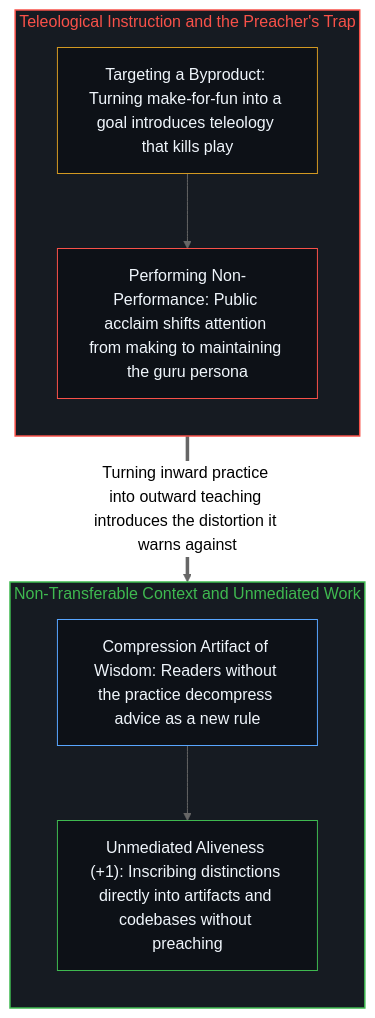
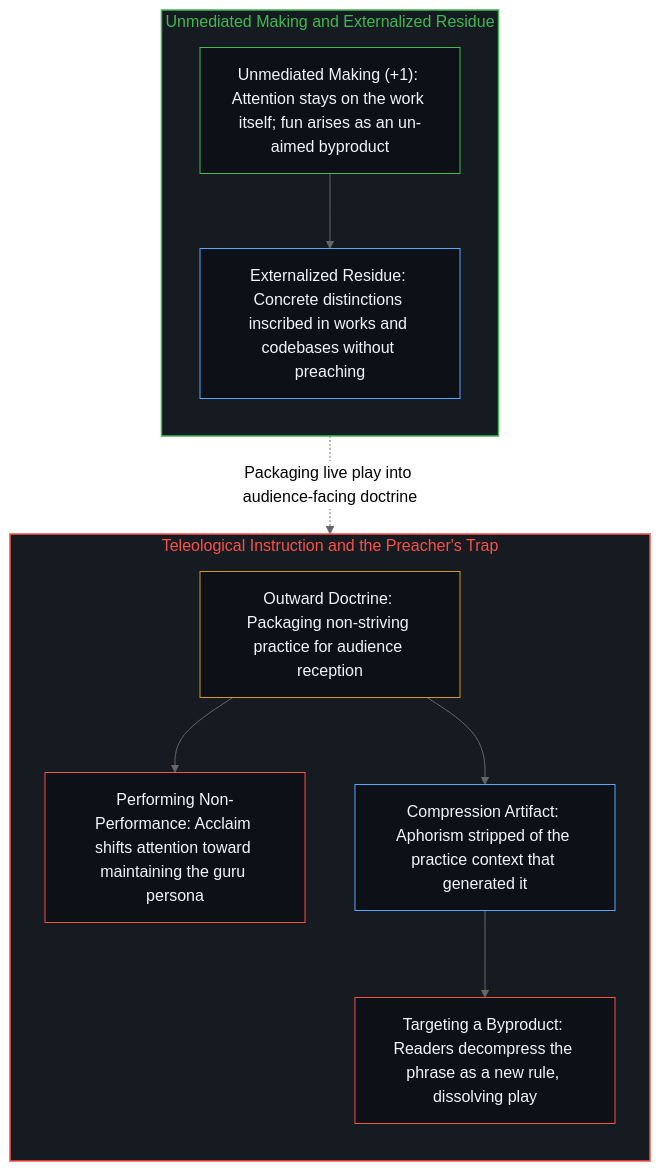
One commit to powerpig99/not-a-toe changed the second of 2 diagrams in content/posts/the-interesting-case-of-rubin.md. Above: the diagram before and after it, drawn with Mermaid (neutral theme). The commit also changed other lines of this file and 6 other files, not shown here.

````diff
--- a/content/posts/the-interesting-case-of-rubin.md
+++ b/content/posts/the-interesting-case-of-rubin.md
@@ -42,22 +47,27 @@
 ```mermaid
 flowchart TD
+    subgraph S_Work["Unmediated Making and Externalized Residue"]
+        direction TB
+        Make["Unmediated Making (+1): Attention stays on the work itself; fun arises as an un-aimed byproduct"]
+        Residue["Externalized Residue: Concrete distinctions inscribed in works and codebases without preaching"]
+        Make --> Residue
+    end
     subgraph S_Preach["Teleological Instruction and the Preacher's Trap"]
         direction TB
-        Aim["Targeting a Byproduct: Turning make-for-fun into a goal introduces teleology that kills play"]
-        Brand["Performing Non-Performance: Public acclaim shifts attention from making to maintaining the guru persona"]
-        Aim --> Brand
+        Preach["Outward Doctrine: Packaging non-striving practice for audience reception"]
+        Brand["Performing Non-Performance: Acclaim shifts attention toward maintaining the guru persona"]
+        Compress["Compression Artifact: Aphorism stripped of the practice context that generated it"]
+        Aim["Targeting a Byproduct: Readers decompress the phrase as a new rule, dissolving play"]
+        Preach --> Brand
+        Preach --> Compress --> Aim
     end
-    subgraph S_Work["Non-Transferable Context and Unmediated Work"]
-        direction TB
-        Compress["Compression Artifact of Wisdom: Readers without the practice decompress advice as a new rule"]
-        Alive["Unmediated Aliveness (+1): Inscribing distinctions directly into artifacts and codebases without preaching"]
-        Compress --> Alive
-    end
-    Brand ==>|"Turning inward practice into outward teaching introduces the distortion it warns against"| Compress
+    Make -.->|"Packaging live play into audience-facing doctrine"| Preach
+    style S_Work fill:#161b22,stroke:#3fb950,stroke-width:1.5px,color:#3fb950
     style S_Preach fill:#161b22,stroke:#f85149,stroke-width:1.5px,color:#f85149
-    style S_Work fill:#161b22,stroke:#3fb950,stroke-width:1.5px,color:#3fb950
-    style Aim fill:#0d1117,stroke:#d29922,stroke-width:1px,color:#f0f6fc
+    style Make fill:#0d1117,stroke:#3fb950,stroke-width:1px,color:#f0f6fc
+    style Residue fill:#0d1117,stroke:#58a6ff,stroke-width:1px,color:#f0f6fc
+    style Preach fill:#0d1117,stroke:#d29922,stroke-width:1px,color:#f0f6fc
     style Brand fill:#0d1117,stroke:#f85149,stroke-width:1px,color:#f0f6fc
     style Compress fill:#0d1117,stroke:#58a6ff,stroke-width:1px,color:#f0f6fc
-    style Alive fill:#0d1117,stroke:#3fb950,stroke-width:1px,color:#f0f6fc
+    style Aim fill:#0d1117,stroke:#f85149,stroke-width:1px,color:#f0f6fc
 ```
````
